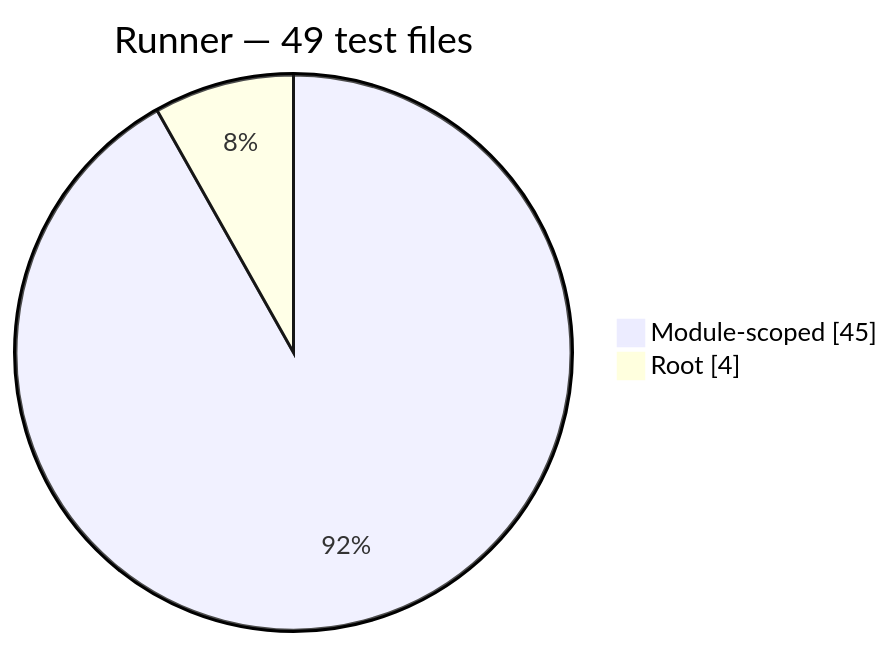
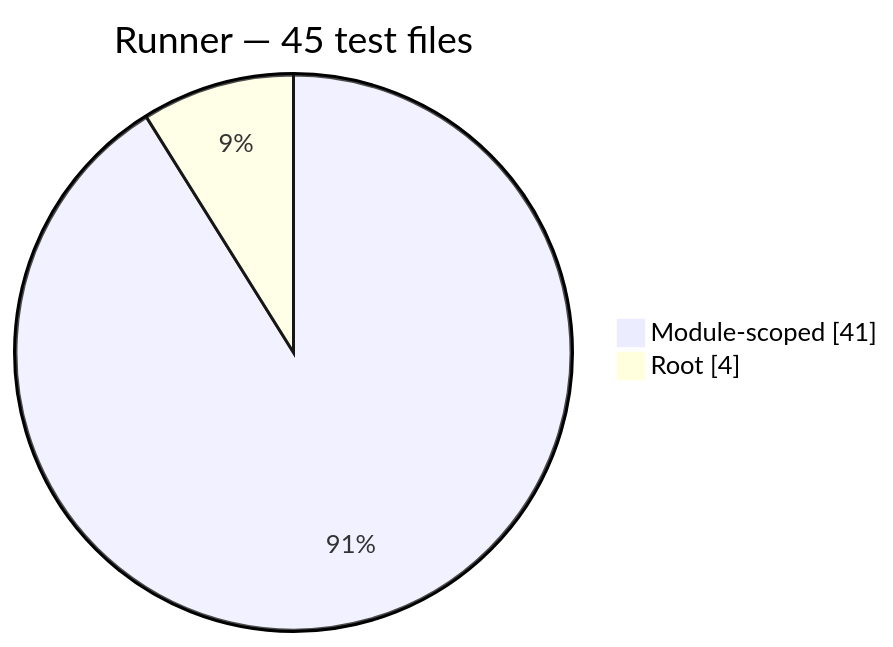
One commit to Mohammed-Alama/php-arazzo changed the ninth of 12 diagrams in docs/generated/test-composition.md. Above: the diagram before and after it, drawn with Mermaid. The commit also changed other lines of this file and 111 other files, not shown here.

````diff
--- a/docs/generated/test-composition.md
+++ b/docs/generated/test-composition.md
@@ -84,6 +122,6 @@
 ```mermaid
 pie showData
-    title Runner — 49 test files
-    "Module-scoped": 45
+    title Runner — 45 test files
+    "Module-scoped": 41
     "Root": 4
 ```
````
